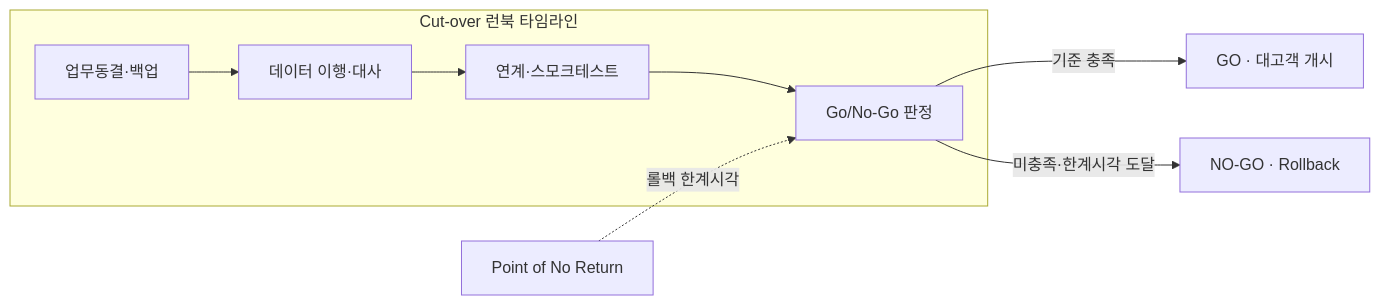
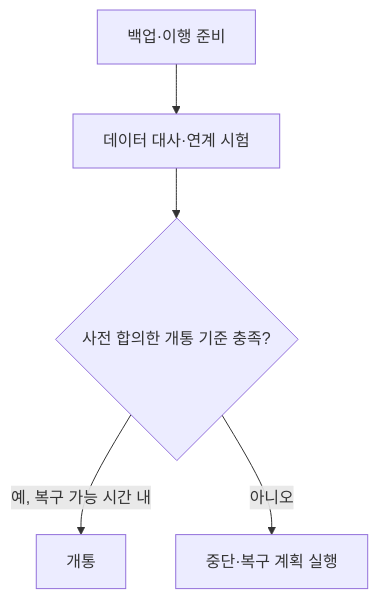
One commit to agnusdei1207/study changed the first of 2 diagrams in src/content/docs/notes/itpe/01-it-strategy/103_next_generation_system_open_risk.md. Above: the diagram before and after it, drawn with Mermaid. The commit also changed other lines of this file and 4 other files, not shown here.

````diff
--- a/src/content/docs/notes/itpe/01-it-strategy/103_next_generation_system_open_risk.md
+++ b/src/content/docs/notes/itpe/01-it-strategy/103_next_generation_system_open_risk.md
@@ -57,9 +53,7 @@
 ```mermaid
-flowchart LR
-    subgraph TIMELINE["Cut-over 런북 타임라인"]
-        T1["업무동결·백업"] --> T2["데이터 이행·대사"] --> T3["연계·스모크테스트"] --> T4["Go/No-Go 판정"]
-    end
-    T4 -->|기준 충족| GO["GO · 대고객 개시"]
-    T4 -->|미충족·한계시각 도달| NOGO["NO-GO · Rollback"]
-    R["Point of No Return"] -.->|롤백 한계시각| T4
+flowchart TD
+    A["백업·이행 준비"] --> B["데이터 대사·연계 시험"]
+    B --> C{"사전 합의한 개통 기준 충족?"}
+    C -->|예, 복구 가능 시간 내| D["개통"]
+    C -->|아니오| E["중단·복구 계획 실행"]
 ```
````
